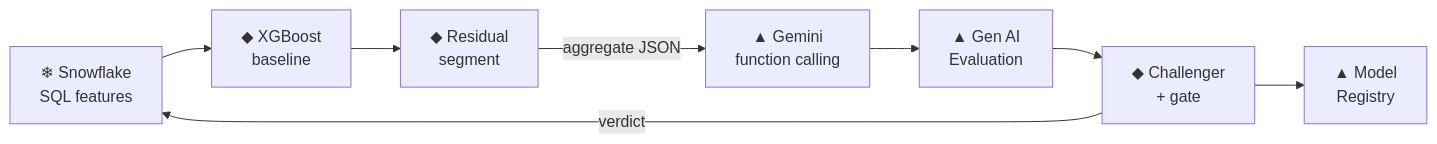
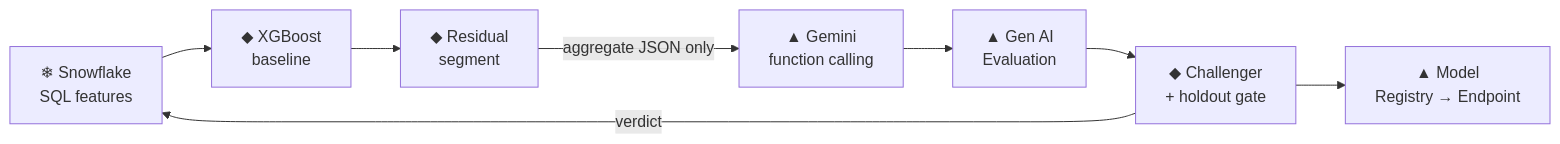
The diagram in BLOG.md (sarathi-aiml/carecost-ML-snowflake-gcp-vertex), drawn with Mermaid before and after one commit. The commit also changed other lines of this file and 7 other files, not shown here.

````diff
--- a/BLOG.md
+++ b/BLOG.md
@@ -47,10 +77,10 @@
 ```mermaid
 flowchart LR
   SF["❄ Snowflake<br/>SQL features"] --> B["◆ XGBoost<br/>baseline"]
   B --> R["◆ Residual<br/>segment"]
-  R -->|aggregate JSON| G["▲ Gemini<br/>function calling"]
+  R -->|aggregate JSON only| G["▲ Gemini<br/>function calling"]
   G --> E["▲ Gen AI<br/>Evaluation"]
-  E --> C["◆ Challenger<br/>+ gate"]
-  C --> REG["▲ Model<br/>Registry"]
+  E --> C["◆ Challenger<br/>+ holdout gate"]
+  C --> REG["▲ Model<br/>Registry → Endpoint"]
   C -->|verdict| SF
 ```
````
